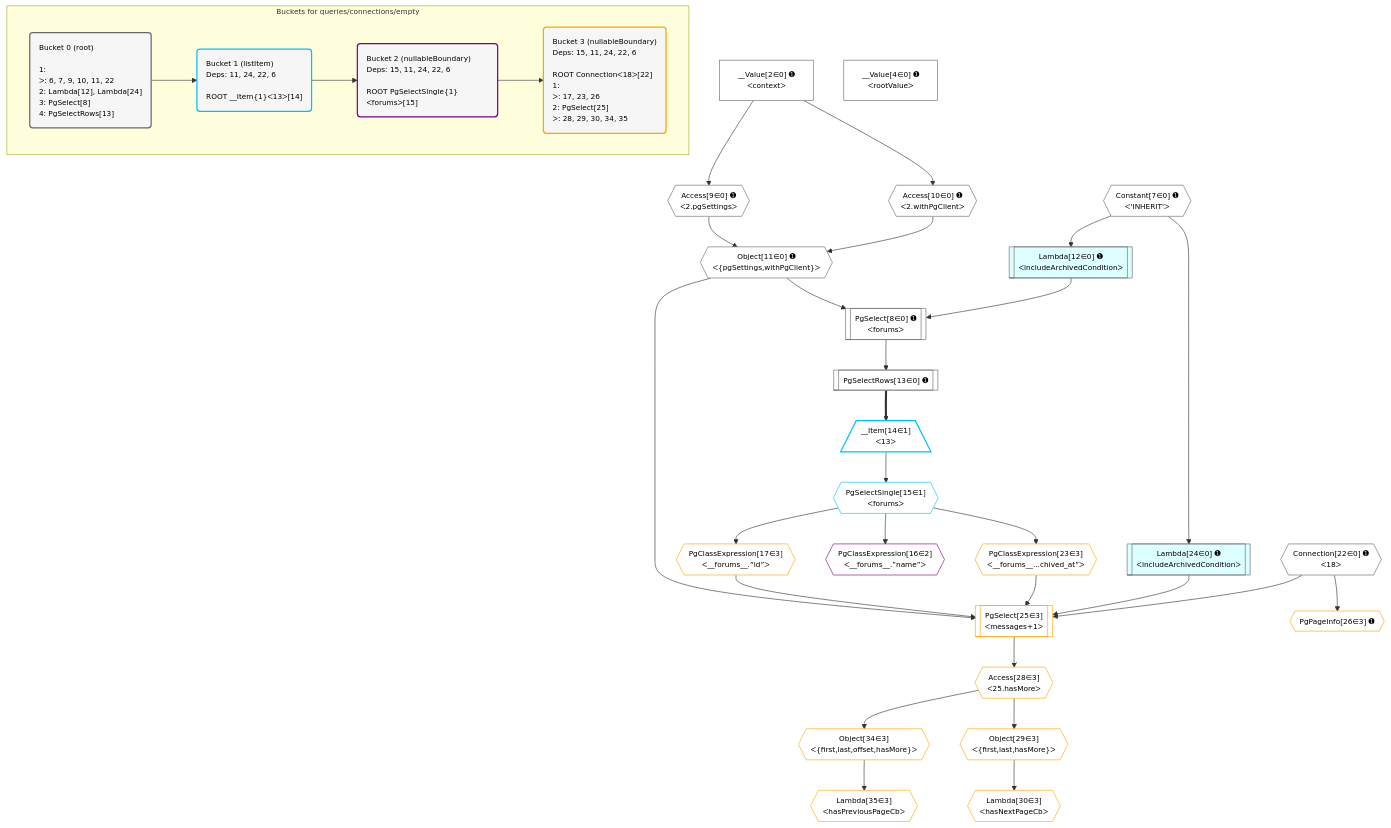
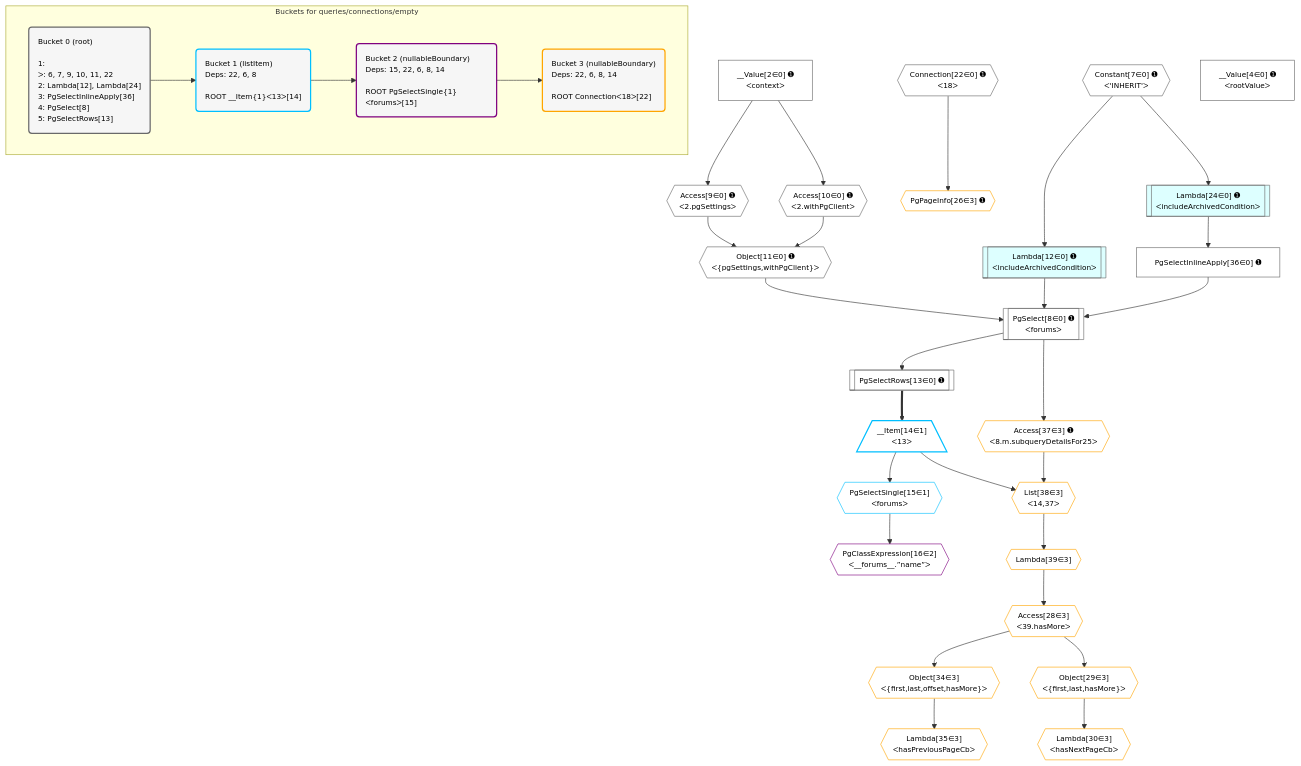
Before and after one commit to graphile/crystal: the diagram in grafast/dataplan-pg/__tests__/queries/connections/empty.mermaid, drawn with Mermaid. The commit also changed 71 other files, not shown here.

```diff
--- a/grafast/dataplan-pg/__tests__/queries/connections/empty.mermaid
+++ b/grafast/dataplan-pg/__tests__/queries/connections/empty.mermaid
@@ -1,73 +1,75 @@
 %%{init: {'themeVariables': { 'fontSize': '12px'}}}%%
 graph TD
     classDef path fill:#eee,stroke:#000,color:#000
     classDef plan fill:#fff,stroke-width:1px,color:#000
     classDef itemplan fill:#fff,stroke-width:2px,color:#000
     classDef unbatchedplan fill:#dff,stroke-width:1px,color:#000
     classDef sideeffectplan fill:#fcc,stroke-width:2px,color:#000
     classDef bucket fill:#f6f6f6,color:#000,stroke-width:2px,text-align:left
 
 
     %% plan dependencies
     PgSelect8[["PgSelect[8∈0] ➊<br />ᐸforumsᐳ"]]:::plan
     Object11{{"Object[11∈0] ➊<br />ᐸ{pgSettings,withPgClient}ᐳ"}}:::plan
     Lambda12[["Lambda[12∈0] ➊<br />ᐸincludeArchivedConditionᐳ"]]:::unbatchedplan
-    Object11 & Lambda12 --> PgSelect8
+    PgSelectInlineApply36["PgSelectInlineApply[36∈0] ➊"]:::plan
+    Object11 & Lambda12 & PgSelectInlineApply36 --> PgSelect8
+    Lambda24[["Lambda[24∈0] ➊<br />ᐸincludeArchivedConditionᐳ"]]:::unbatchedplan
+    Lambda24 --> PgSelectInlineApply36
     Access9{{"Access[9∈0] ➊<br />ᐸ2.pgSettingsᐳ"}}:::plan
     Access10{{"Access[10∈0] ➊<br />ᐸ2.withPgClientᐳ"}}:::plan
     Access9 & Access10 --> Object11
     Connection22{{"Connection[22∈0] ➊<br />ᐸ18ᐳ"}}:::plan
     __Value2["__Value[2∈0] ➊<br />ᐸcontextᐳ"]:::plan
     __Value2 --> Access9
     __Value2 --> Access10
     Constant7{{"Constant[7∈0] ➊<br />ᐸ'INHERIT'ᐳ"}}:::plan
     Constant7 --> Lambda12
     PgSelectRows13[["PgSelectRows[13∈0] ➊"]]:::plan
     PgSelect8 --> PgSelectRows13
-    Lambda24[["Lambda[24∈0] ➊<br />ᐸincludeArchivedConditionᐳ"]]:::unbatchedplan
     Constant7 --> Lambda24
     __Value4["__Value[4∈0] ➊<br />ᐸrootValueᐳ"]:::plan
     __Item14[/"__Item[14∈1]<br />ᐸ13ᐳ"\]:::itemplan
     PgSelectRows13 ==> __Item14
     PgSelectSingle15{{"PgSelectSingle[15∈1]<br />ᐸforumsᐳ"}}:::plan
     __Item14 --> PgSelectSingle15
     PgClassExpression16{{"PgClassExpression[16∈2]<br />ᐸ__forums__.”name”ᐳ"}}:::plan
     PgSelectSingle15 --> PgClassExpression16
-    PgSelect25[["PgSelect[25∈3]<br />ᐸmessages+1ᐳ"]]:::plan
-    PgClassExpression17{{"PgClassExpression[17∈3]<br />ᐸ__forums__.”id”ᐳ"}}:::plan
-    PgClassExpression23{{"PgClassExpression[23∈3]<br />ᐸ__forums__...chived_at”ᐳ"}}:::plan
-    Object11 & PgClassExpression17 & PgClassExpression23 & Lambda24 & Connection22 --> PgSelect25
     Object34{{"Object[34∈3]<br />ᐸ{first,last,offset,hasMore}ᐳ"}}:::plan
-    Access28{{"Access[28∈3]<br />ᐸ25.hasMoreᐳ"}}:::plan
+    Access28{{"Access[28∈3]<br />ᐸ39.hasMoreᐳ"}}:::plan
     Access28 --> Object34
     Object29{{"Object[29∈3]<br />ᐸ{first,last,hasMore}ᐳ"}}:::plan
     Access28 --> Object29
-    PgSelectSingle15 --> PgClassExpression17
-    PgSelectSingle15 --> PgClassExpression23
+    List38{{"List[38∈3]<br />ᐸ14,37ᐳ"}}:::plan
+    Access37{{"Access[37∈3] ➊<br />ᐸ8.m.subqueryDetailsFor25ᐳ"}}:::plan
+    __Item14 & Access37 --> List38
     PgPageInfo26{{"PgPageInfo[26∈3] ➊"}}:::plan
     Connection22 --> PgPageInfo26
-    PgSelect25 --> Access28
+    Lambda39{{"Lambda[39∈3]"}}:::plan
+    Lambda39 --> Access28
     Lambda30{{"Lambda[30∈3]<br />ᐸhasNextPageCbᐳ"}}:::plan
     Object29 --> Lambda30
     Lambda35{{"Lambda[35∈3]<br />ᐸhasPreviousPageCbᐳ"}}:::plan
     Object34 --> Lambda35
+    PgSelect8 --> Access37
+    List38 --> Lambda39
 
     %% define steps
 
     subgraph "Buckets for queries/connections/empty"
-    Bucket0("Bucket 0 (root)<br /><br />1: <br />ᐳ: 6, 7, 9, 10, 11, 22<br />2: Lambda[12], Lambda[24]<br />3: PgSelect[8]<br />4: PgSelectRows[13]"):::bucket
+    Bucket0("Bucket 0 (root)<br /><br />1: <br />ᐳ: 6, 7, 9, 10, 11, 22<br />2: Lambda[12], Lambda[24]<br />3: PgSelectInlineApply[36]<br />4: PgSelect[8]<br />5: PgSelectRows[13]"):::bucket
     classDef bucket0 stroke:#696969
-    class Bucket0,__Value2,__Value4,Constant7,PgSelect8,Access9,Access10,Object11,Lambda12,PgSelectRows13,Connection22,Lambda24 bucket0
-    Bucket1("Bucket 1 (listItem)<br />Deps: 11, 24, 22, 6<br /><br />ROOT __Item{1}ᐸ13ᐳ[14]"):::bucket
+    class Bucket0,__Value2,__Value4,Constant7,PgSelect8,Access9,Access10,Object11,Lambda12,PgSelectRows13,Connection22,Lambda24,PgSelectInlineApply36 bucket0
+    Bucket1("Bucket 1 (listItem)<br />Deps: 22, 6, 8<br /><br />ROOT __Item{1}ᐸ13ᐳ[14]"):::bucket
     classDef bucket1 stroke:#00bfff
     class Bucket1,__Item14,PgSelectSingle15 bucket1
-    Bucket2("Bucket 2 (nullableBoundary)<br />Deps: 15, 11, 24, 22, 6<br /><br />ROOT PgSelectSingle{1}ᐸforumsᐳ[15]"):::bucket
+    Bucket2("Bucket 2 (nullableBoundary)<br />Deps: 15, 22, 6, 8, 14<br /><br />ROOT PgSelectSingle{1}ᐸforumsᐳ[15]"):::bucket
     classDef bucket2 stroke:#7f007f
     class Bucket2,PgClassExpression16 bucket2
-    Bucket3("Bucket 3 (nullableBoundary)<br />Deps: 15, 11, 24, 22, 6<br /><br />ROOT Connectionᐸ18ᐳ[22]<br />1: <br />ᐳ: 17, 23, 26<br />2: PgSelect[25]<br />ᐳ: 28, 29, 30, 34, 35"):::bucket
+    Bucket3("Bucket 3 (nullableBoundary)<br />Deps: 22, 6, 8, 14<br /><br />ROOT Connectionᐸ18ᐳ[22]"):::bucket
     classDef bucket3 stroke:#ffa500
-    class Bucket3,PgClassExpression17,PgClassExpression23,PgSelect25,PgPageInfo26,Access28,Object29,Lambda30,Object34,Lambda35 bucket3
+    class Bucket3,PgPageInfo26,Access28,Object29,Lambda30,Object34,Lambda35,Access37,List38,Lambda39 bucket3
     Bucket0 --> Bucket1
     Bucket1 --> Bucket2
     Bucket2 --> Bucket3
     end
```
